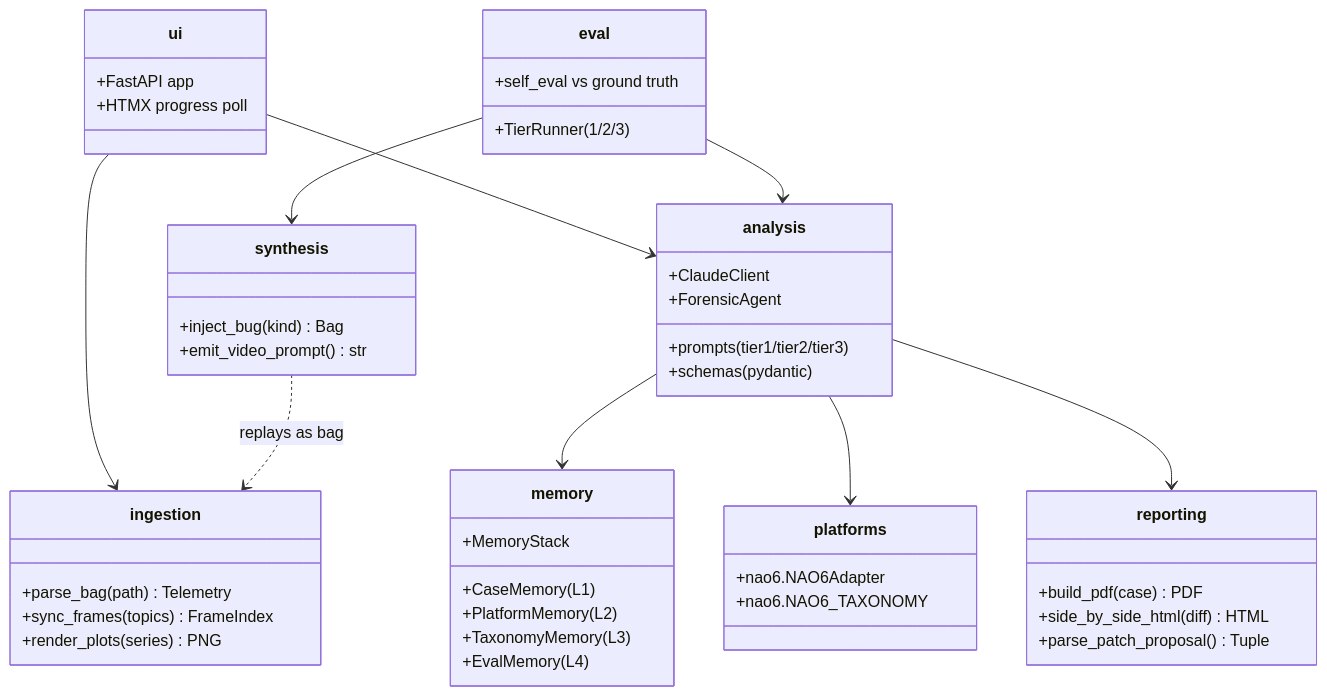
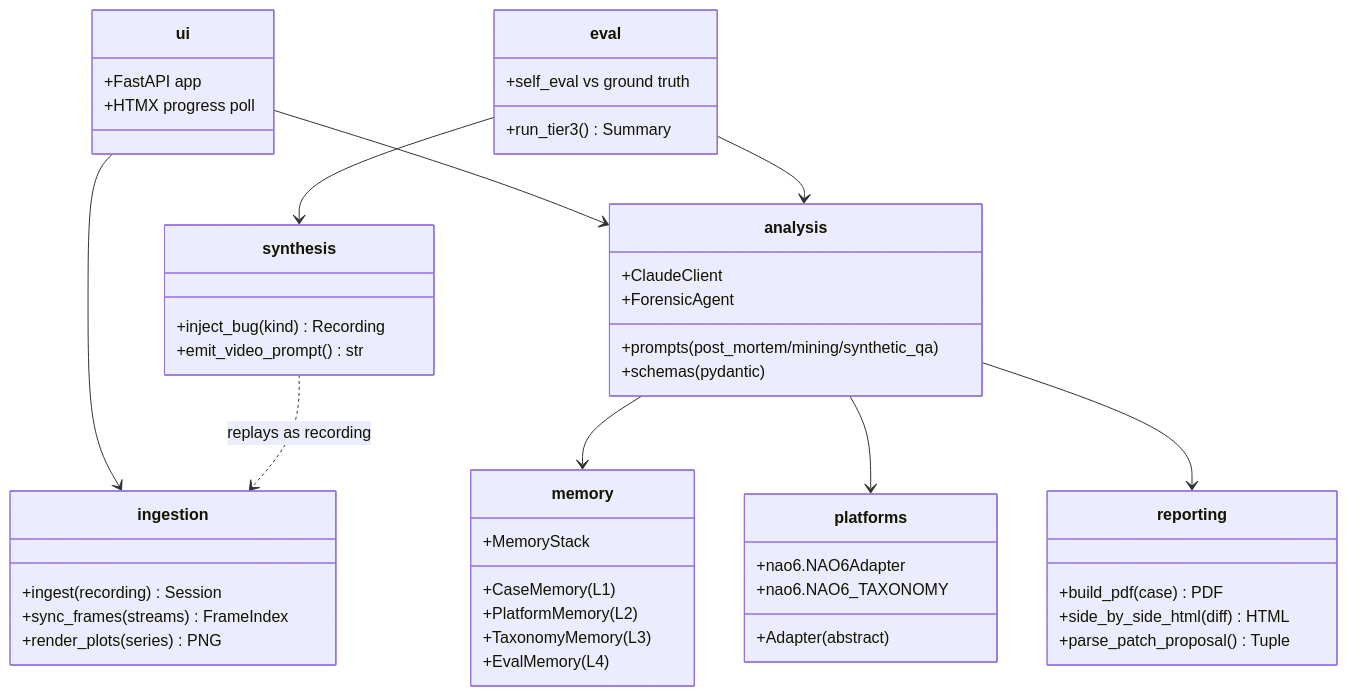
Before and after one commit to LucasErcolano/BlackBox: the third of 7 diagrams in README.md, drawn with Mermaid. The commit also changed other lines of this file, not shown here.

````diff
--- a/README.md
+++ b/README.md
@@ -84,51 +90,52 @@
 ```mermaid
 classDiagram
     class ingestion {
-        +parse_bag(path) Telemetry
-        +sync_frames(topics) FrameIndex
+        +ingest(recording) Session
+        +sync_frames(streams) FrameIndex
         +render_plots(series) PNG
     }
     class analysis {
         +ClaudeClient
         +ForensicAgent
-        +prompts (tier1/tier2/tier3)
+        +prompts (post_mortem/mining/synthetic_qa)
         +schemas (pydantic)
     }
     class memory {
         +MemoryStack
         +CaseMemory (L1)
         +PlatformMemory (L2)
         +TaxonomyMemory (L3)
         +EvalMemory (L4)
     }
     class platforms {
+        +Adapter (abstract)
         +nao6.NAO6Adapter
         +nao6.NAO6_TAXONOMY
     }
     class synthesis {
-        +inject_bug(kind) Bag
+        +inject_bug(kind) Recording
         +emit_video_prompt() str
     }
     class reporting {
         +build_pdf(case) PDF
         +side_by_side_html(diff) HTML
         +parse_patch_proposal() Tuple
     }
     class ui {
         +FastAPI app
         +HTMX progress poll
     }
     class eval {
-        +TierRunner (1/2/3)
+        +run_tier3() Summary
         +self_eval vs ground truth
     }
 
     ui --> ingestion
     ui --> analysis
     analysis --> memory
     analysis --> platforms
     analysis --> reporting
     eval --> analysis
     eval --> synthesis
-    synthesis ..> ingestion : replays as bag
+    synthesis ..> ingestion : replays as recording
 ```
````
